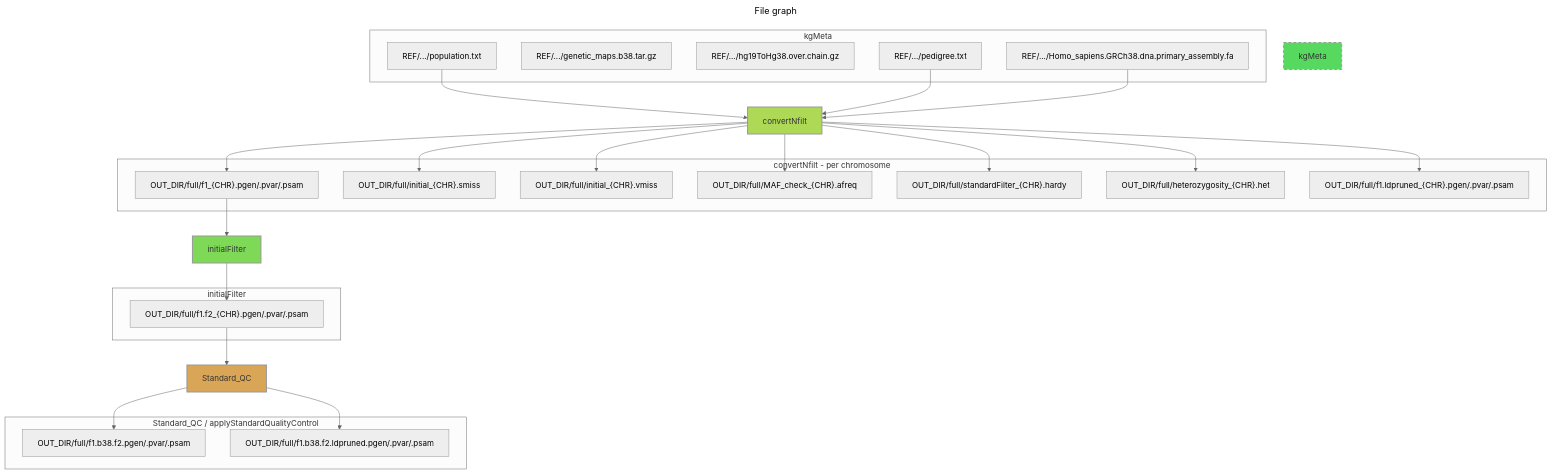
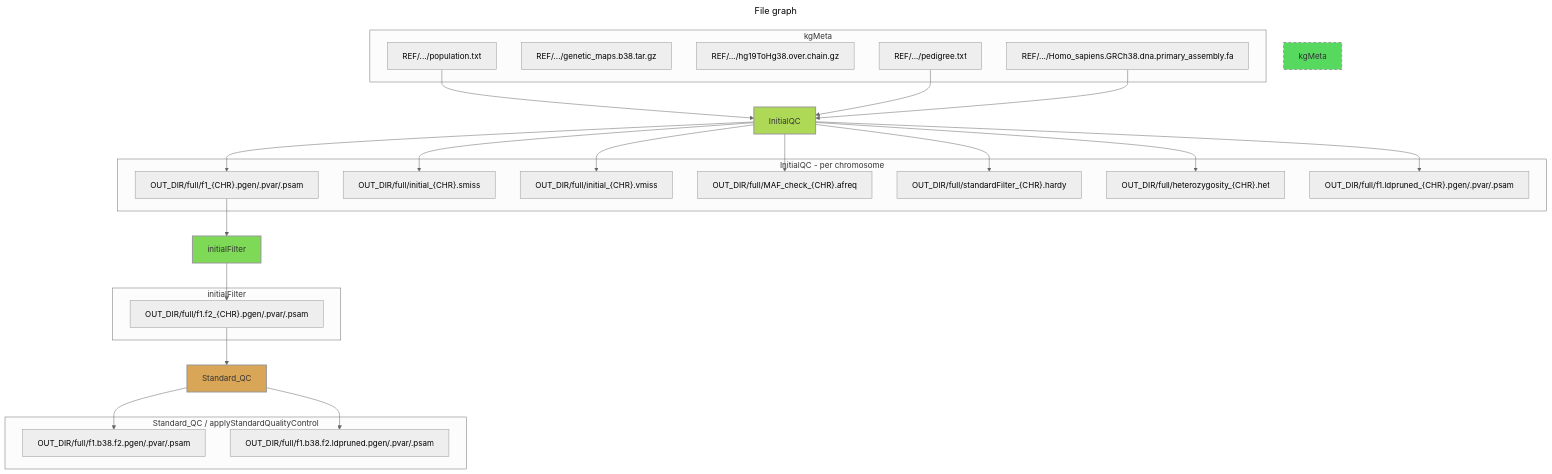
The diagram in docs/filegraph_initialQC.mmd (UMN-GDC/GDCGenomicsQC), drawn with Mermaid (neutral theme) before and after one commit. The commit also changed 21 other files, not shown here.

Commit message:
Rename convertNfilt to InitialQC, add missingness/HWE defaults to all configs

```diff
--- a/docs/filegraph_initialQC.mmd
+++ b/docs/filegraph_initialQC.mmd
@@ -1,54 +1,54 @@
 ---
 title: File graph
 ---
 flowchart TB
   subgraph kgMeta_outs[kgMeta]
     fa["REF/.../Homo_sapiens.GRCh38.dna.primary_assembly.fa"]
     gmap["REF/.../genetic_maps.b38.tar.gz"]
     chain["REF/.../hg19ToHg38.over.chain.gz"]
     pop["REF/.../population.txt"]
     ped["REF/.../pedigree.txt"]
   end
 
-  subgraph convert_outs[convertNfilt - per chromosome]
+  subgraph convert_outs[InitialQC - per chromosome]
     pgen["OUT_DIR/full/f1_{CHR}.pgen/.pvar/.psam"]
     smiss["OUT_DIR/full/initial_{CHR}.smiss"]
     vmiss["OUT_DIR/full/initial_{CHR}.vmiss"]
     maf["OUT_DIR/full/MAF_check_{CHR}.afreq"]
     hardy["OUT_DIR/full/standardFilter_{CHR}.hardy"]
     het["OUT_DIR/full/heterozygosity_{CHR}.het"]
     ldp["OUT_DIR/full/f1.ldpruned_{CHR}.pgen/.pvar/.psam"]
   end
 
   subgraph initialFilter_outs[initialFilter]
     qc_pgen["OUT_DIR/full/f1.f2_{CHR}.pgen/.pvar/.psam"]
   end
 
   subgraph Standard_QC_outs[Standard_QC / applyStandardQualityControl]
     final_pgen["OUT_DIR/full/f1.b38.f2.pgen/.pvar/.psam"]
     final_ldp["OUT_DIR/full/f1.b38.f2.ldpruned.pgen/.pvar/.psam"]
   end
 
-  pop --> convertNfilt
-  ped --> convertNfilt
-  fa --> convertNfilt
+  pop --> InitialQC
+  ped --> InitialQC
+  fa --> InitialQC
 
-  convertNfilt --> pgen
-  convertNfilt --> smiss
-  convertNfilt --> vmiss
-  convertNfilt --> maf
-  convertNfilt --> hardy
-  convertNfilt --> het
-  convertNfilt --> ldp
+  InitialQC --> pgen
+  InitialQC --> smiss
+  InitialQC --> vmiss
+  InitialQC --> maf
+  InitialQC --> hardy
+  InitialQC --> het
+  InitialQC --> ldp
 
   pgen --> initialFilter
   initialFilter --> qc_pgen
 
   qc_pgen --> Standard_QC
   Standard_QC --> final_pgen
   Standard_QC --> final_ldp
 
   style kgMeta fill:#57D95F,stroke-width:2px,color:#333,stroke-dasharray:5 5
-  style convertNfilt fill:#ADD957,stroke-width:2px,color:#333
+  style InitialQC fill:#ADD957,stroke-width:2px,color:#333
   style initialFilter fill:#7ED957,stroke-width:2px,color:#333
   style Standard_QC fill:#D9A657,stroke-width:2px,color:#333
```
